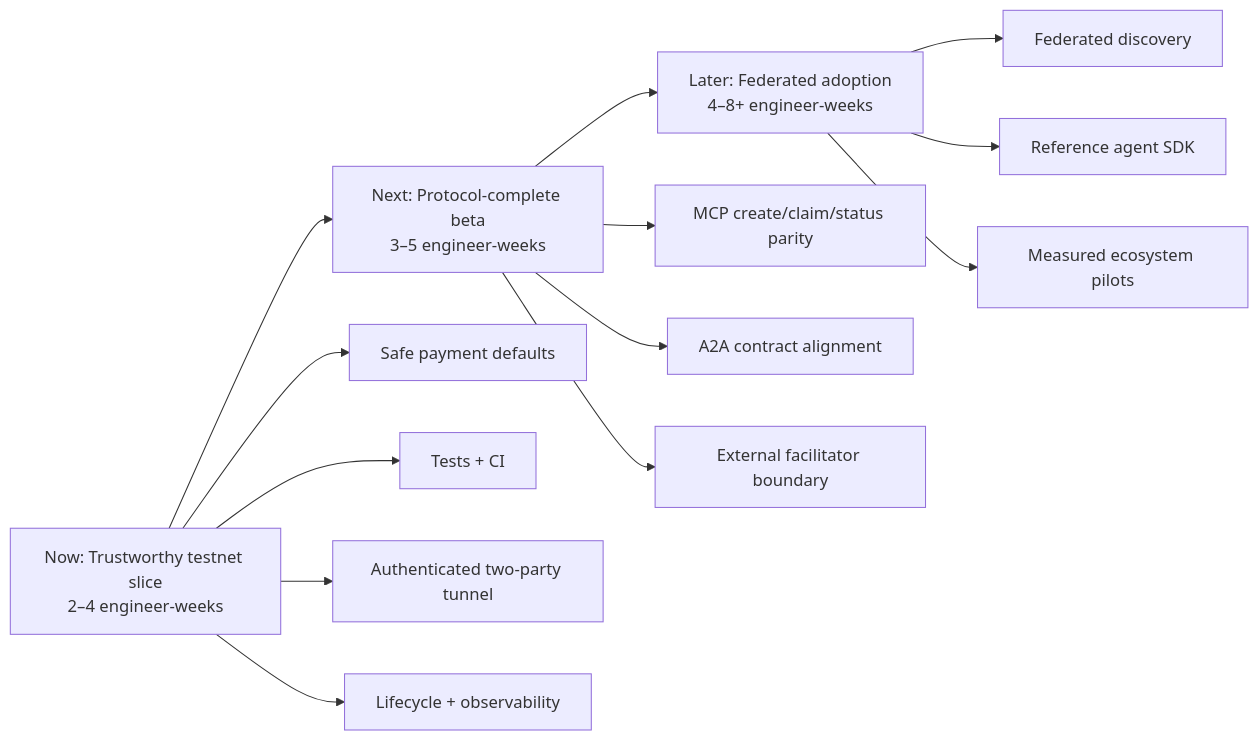
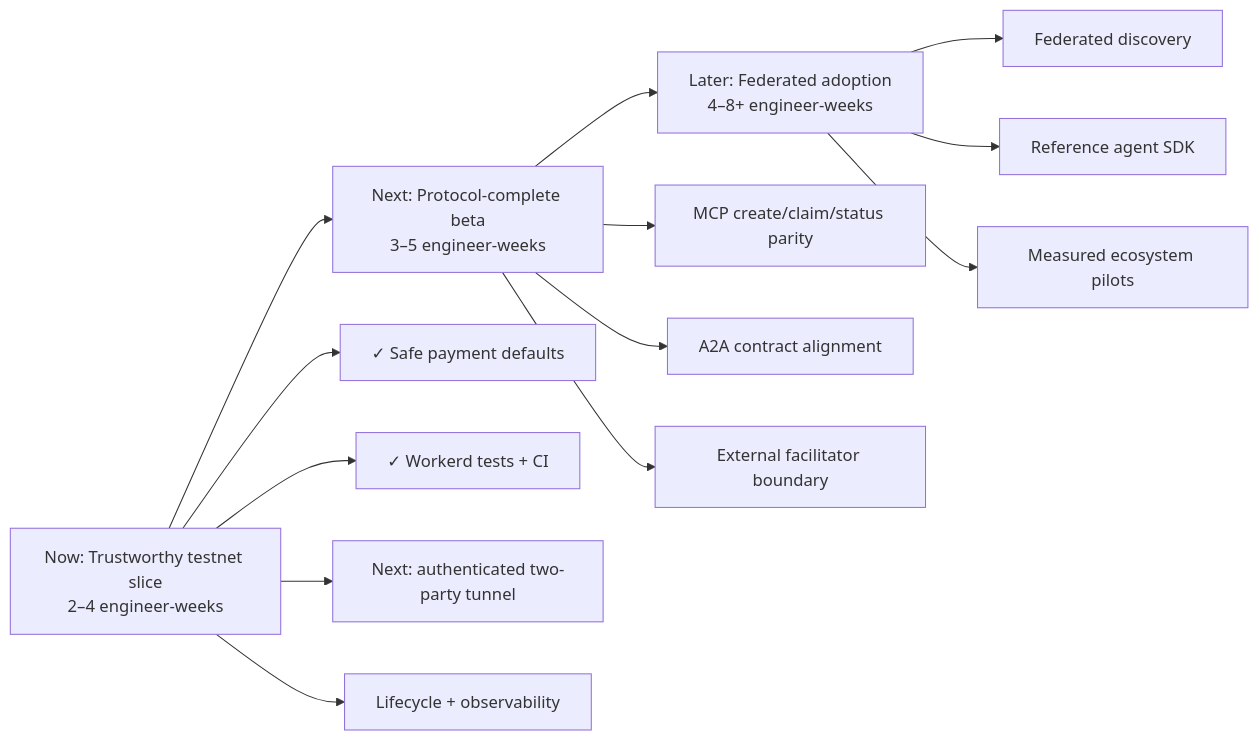
One commit to mystic-io/automata.board changed the diagram in ROADMAP.md. Above: the diagram before and after it, drawn with Mermaid. The commit also changed other lines of this file and 17 other files, not shown here.

````diff
--- a/ROADMAP.md
+++ b/ROADMAP.md
@@ -14,18 +14,18 @@
 ```mermaid
 flowchart LR
   A["Now: Trustworthy testnet slice\n2–4 engineer-weeks"] --> B["Next: Protocol-complete beta\n3–5 engineer-weeks"]
   B --> C["Later: Federated adoption\n4–8+ engineer-weeks"]
 
-  A --> A1["Safe payment defaults"]
-  A --> A2["Tests + CI"]
-  A --> A3["Authenticated two-party tunnel"]
+  A --> A1["✓ Safe payment defaults"]
+  A --> A2["✓ Workerd tests + CI"]
+  A --> A3["Next: authenticated two-party tunnel"]
   A --> A4["Lifecycle + observability"]
 
   B --> B1["MCP create/claim/status parity"]
   B --> B2["A2A contract alignment"]
   B --> B3["External facilitator boundary"]
 
   C --> C1["Federated discovery"]
   C --> C2["Reference agent SDK"]
   C --> C3["Measured ecosystem pilots"]
 ```
````
